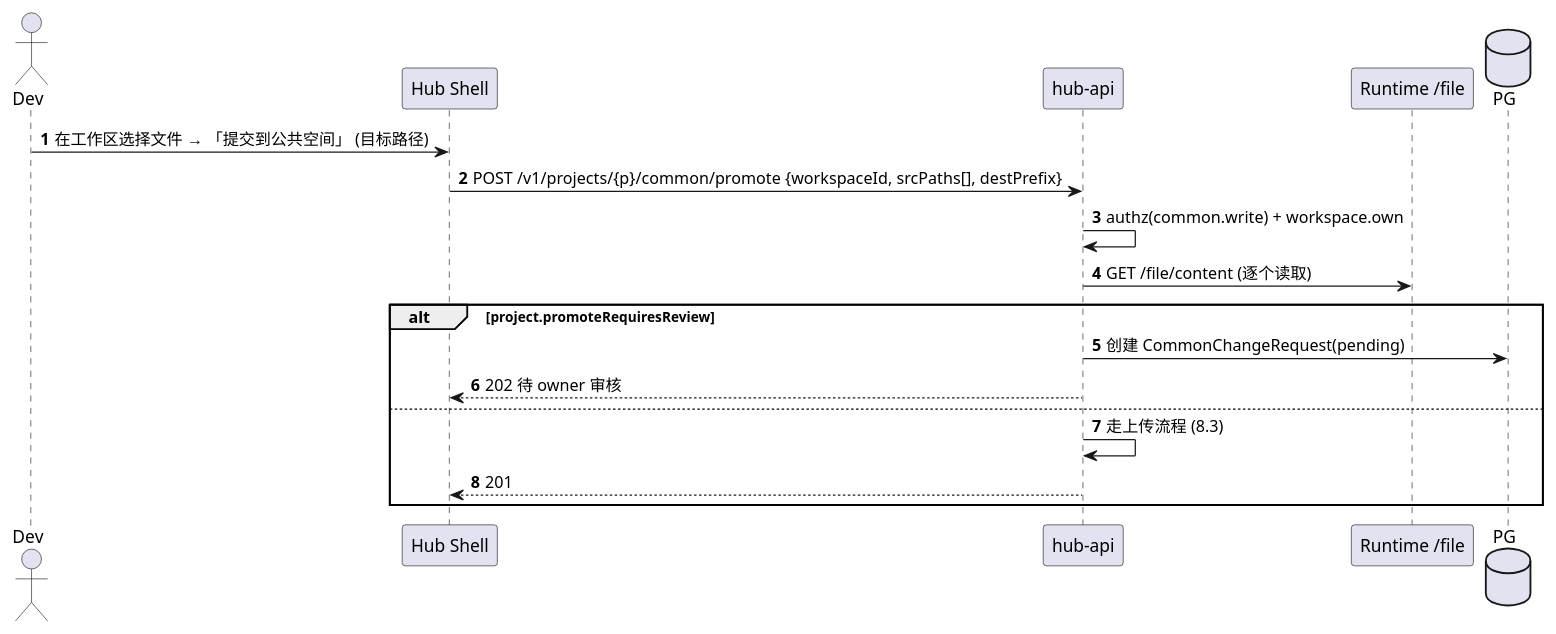
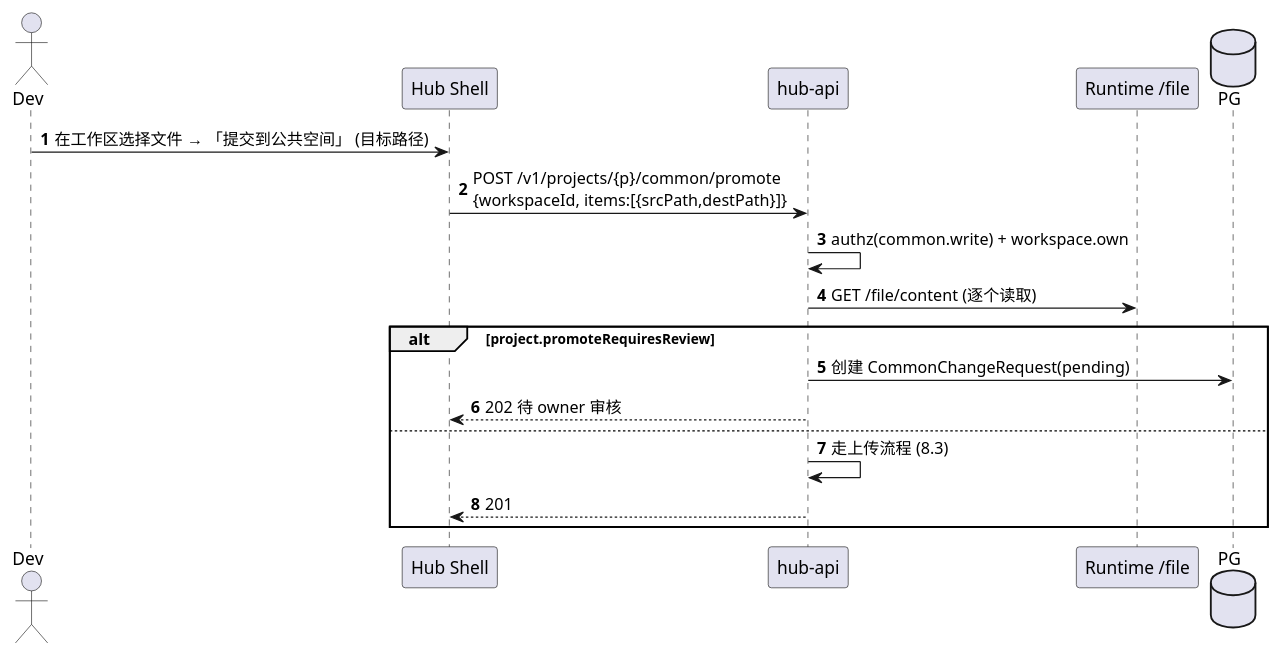
Before and after one commit to JackLuguibin/AgentHubEx: the fifth of 5 diagrams in docs/architecture/08-common-space.md, drawn with PlantUML. The commit also changed 19 other files, not shown here.

````diff
--- a/docs/architecture/08-common-space.md
+++ b/docs/architecture/08-common-space.md
@@ -118,22 +118,22 @@
 ```plantuml
 @startuml common-promote
 autonumber
 actor Dev
 participant "Hub Shell" as S
 participant "hub-api" as H
 participant "Runtime /file" as R
 database PG
 
 Dev -> S : 在工作区选择文件 → 「提交到公共空间」 (目标路径)
-S -> H : POST /v1/projects/{p}/common/promote {workspaceId, srcPaths[], destPrefix}
+S -> H : POST /v1/projects/{p}/common/promote\n{workspaceId, items:[{srcPath,destPath}]}
 H -> H : authz(common.write) + workspace.own
 H -> R : GET /file/content (逐个读取)
 alt project.promoteRequiresReview
   H -> PG : 创建 CommonChangeRequest(pending)
   H --> S : 202 待 owner 审核
 else
   H -> H : 走上传流程 (8.3)
   H --> S : 201
 end
 @enduml
 ```
````
